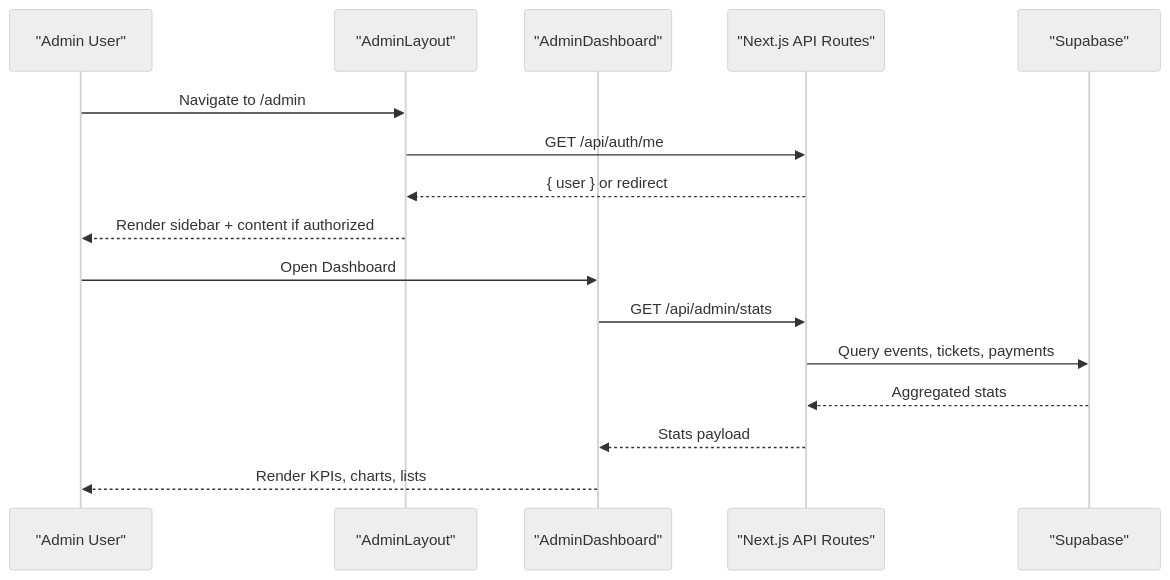
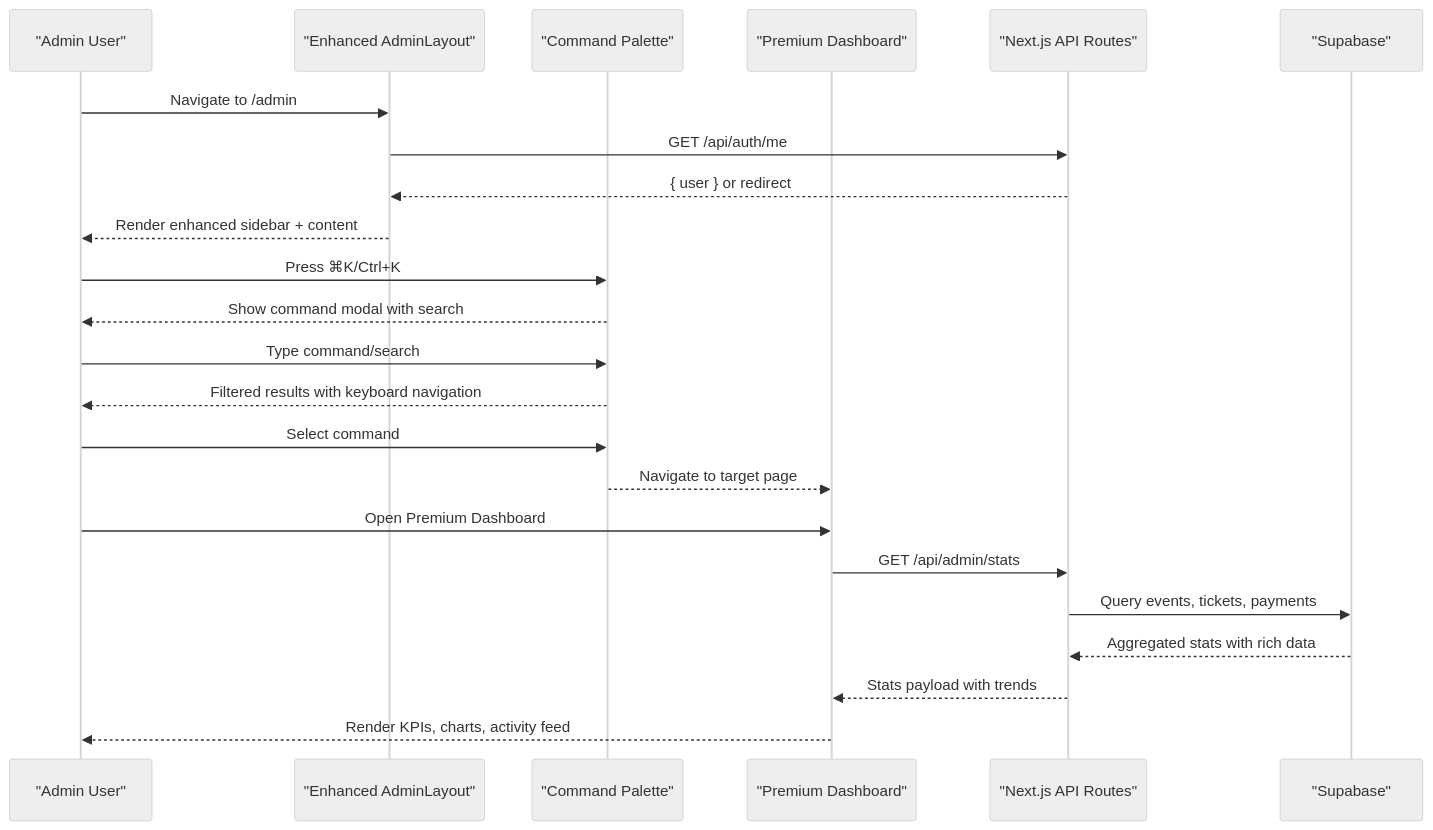
One commit to ObeyMuchechesi/TicketFlow changed the second of 10 diagrams in .qoder/repowiki/en/content/Admin Dashboard/Admin Dashboard.md. Above: the diagram before and after it, drawn with Mermaid (neutral theme). The commit also changed other lines of this file and 12 other files, not shown here.

First line of the commit message:
docs: EcoCash schema columns and project documentation refresh

````diff
--- a/.qoder/repowiki/en/content/Admin Dashboard/Admin Dashboard.md
+++ b/.qoder/repowiki/en/content/Admin Dashboard/Admin Dashboard.md
@@ -122,18 +136,25 @@
 ```mermaid
 sequenceDiagram
 participant User as "Admin User"
-participant Layout as "AdminLayout"
-participant Page as "AdminDashboard"
+participant Layout as "Enhanced AdminLayout"
+participant CmdPalette as "Command Palette"
+participant Page as "Premium Dashboard"
 participant API as "Next.js API Routes"
 participant DB as "Supabase"
 User->>Layout : Navigate to /admin
 Layout->>API : GET /api/auth/me
 API-->>Layout : { user } or redirect
-Layout-->>User : Render sidebar + content if authorized
-User->>Page : Open Dashboard
+Layout-->>User : Render enhanced sidebar + content
+User->>CmdPalette : Press ⌘K/Ctrl+K
+CmdPalette-->>User : Show command modal with search
+User->>CmdPalette : Type command/search
+CmdPalette-->>User : Filtered results with keyboard navigation
+User->>CmdPalette : Select command
+CmdPalette-->>Page : Navigate to target page
+User->>Page : Open Premium Dashboard
 Page->>API : GET /api/admin/stats
 API->>DB : Query events, tickets, payments
-DB-->>API : Aggregated stats
-API-->>Page : Stats payload
-Page-->>User : Render KPIs, charts, lists
+DB-->>API : Aggregated stats with rich data
+API-->>Page : Stats payload with trends
+Page-->>User : Render KPIs, charts, activity feed
 ```
````
